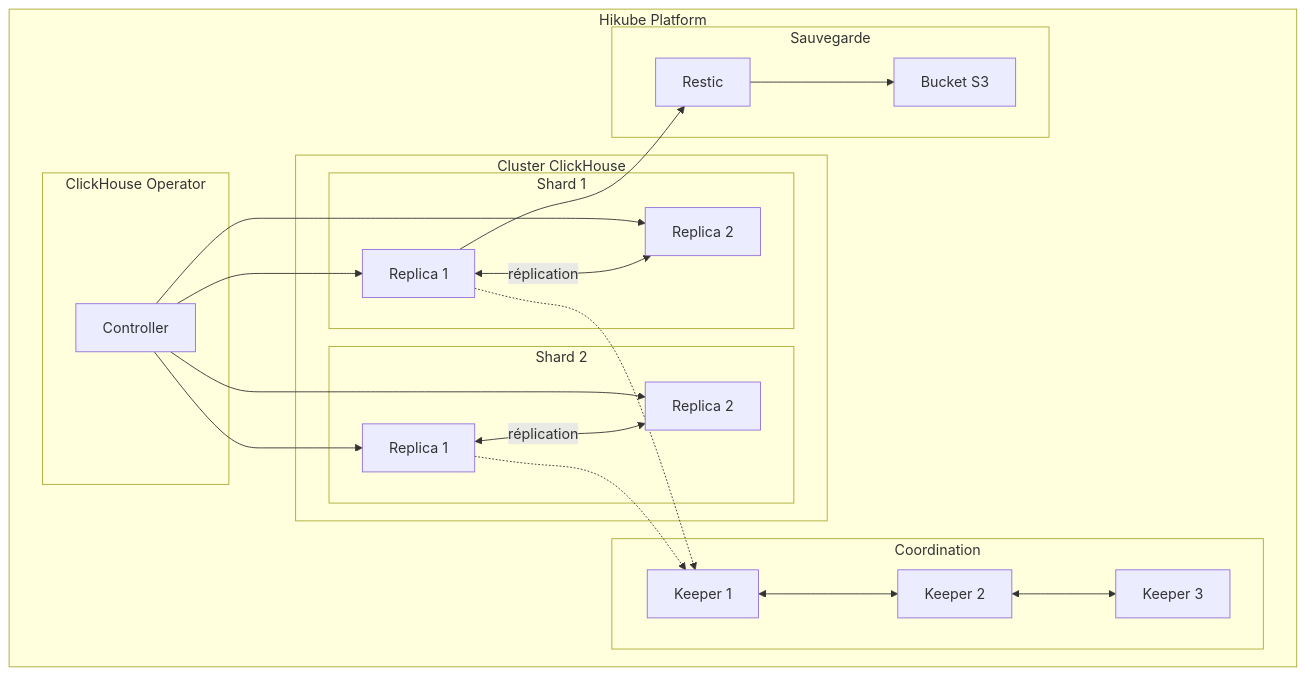
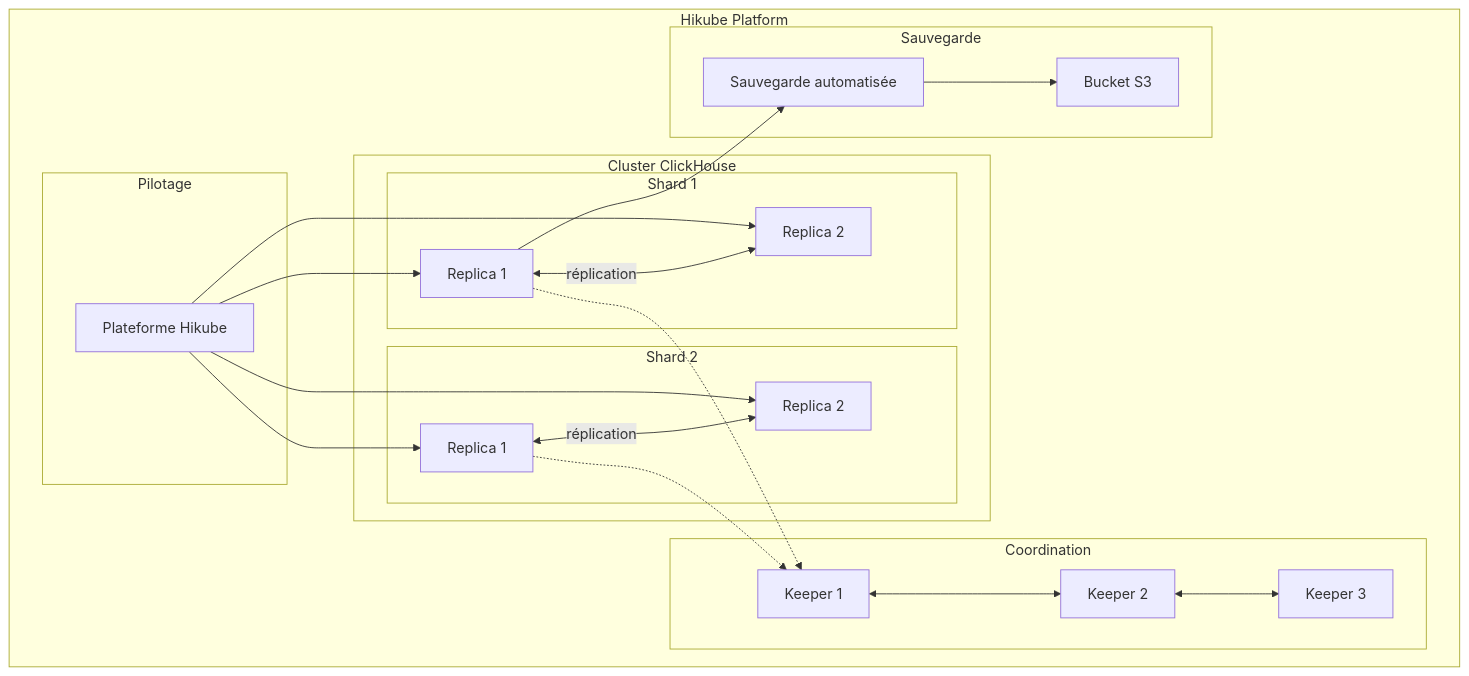
The first of 2 diagrams in docs/services/databases/clickhouse/concepts.md (HidoraSwiss/hikube-public-doc), drawn with Mermaid before and after one commit. The commit also changed other lines of this file and 19 other files, not shown here.

````diff
--- a/docs/services/databases/clickhouse/concepts.md
+++ b/docs/services/databases/clickhouse/concepts.md
@@ -17,43 +17,43 @@
 ```mermaid
 graph TB
     subgraph "Hikube Platform"
-        subgraph "ClickHouse Operator"
-            OP[Controller]
+        subgraph "Pilotage"
+            OP[Plateforme Hikube]
         end
 
         subgraph "Cluster ClickHouse"
             subgraph "Shard 1"
                 S1R1[Replica 1]
                 S1R2[Replica 2]
             end
             subgraph "Shard 2"
                 S2R1[Replica 1]
                 S2R2[Replica 2]
             end
         end
 
         subgraph "Coordination"
             K1[Keeper 1]
             K2[Keeper 2]
             K3[Keeper 3]
         end
 
         subgraph "Sauvegarde"
             S3[Bucket S3]
-            RES[Restic]
+            RES[Sauvegarde automatisée]
         end
     end
 
     OP --> S1R1
     OP --> S1R2
     OP --> S2R1
     OP --> S2R2
     S1R1 <-->|réplication| S1R2
     S2R1 <-->|réplication| S2R2
     K1 <--> K2
     K2 <--> K3
     S1R1 -.-> K1
     S2R1 -.-> K1
     S1R1 --> RES
     RES --> S3
 ```
````
